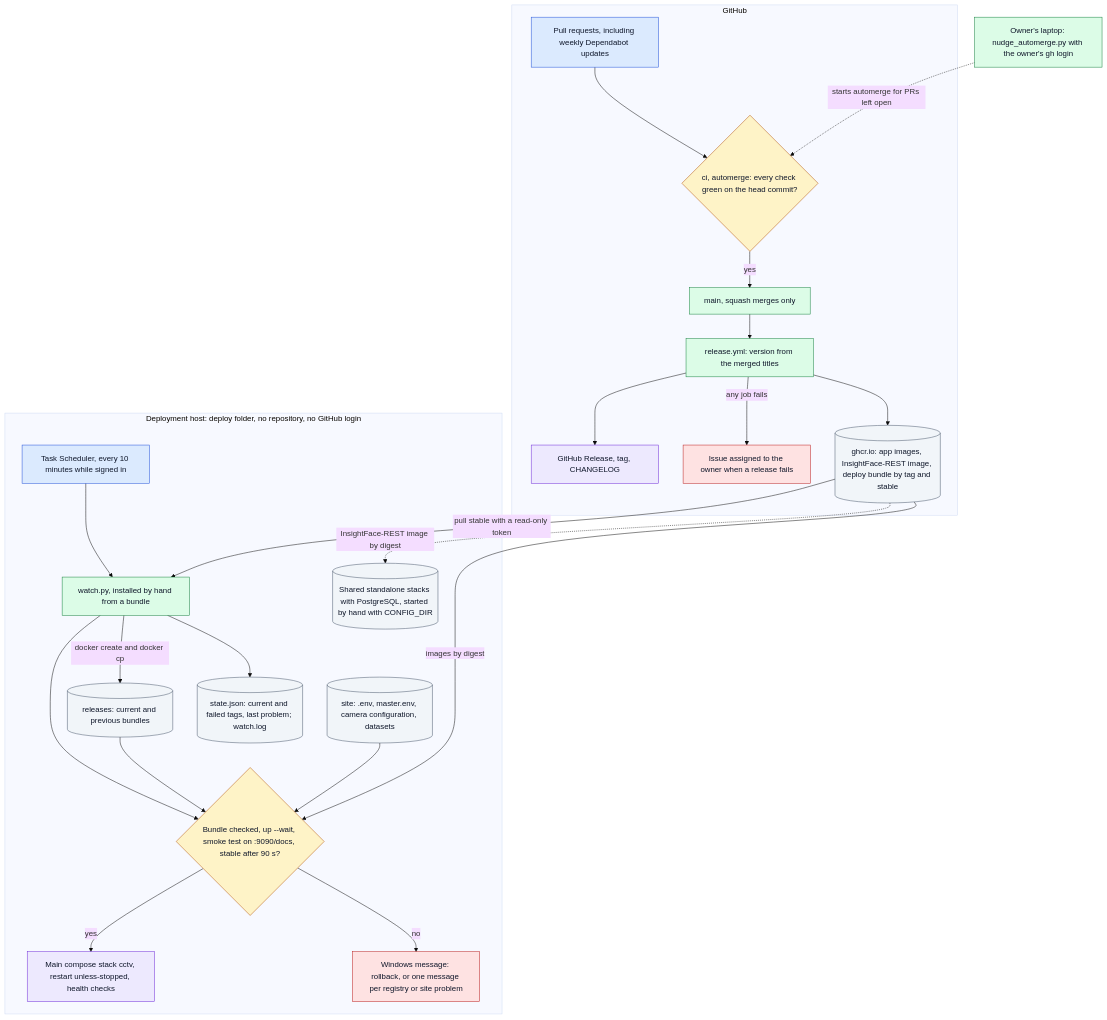
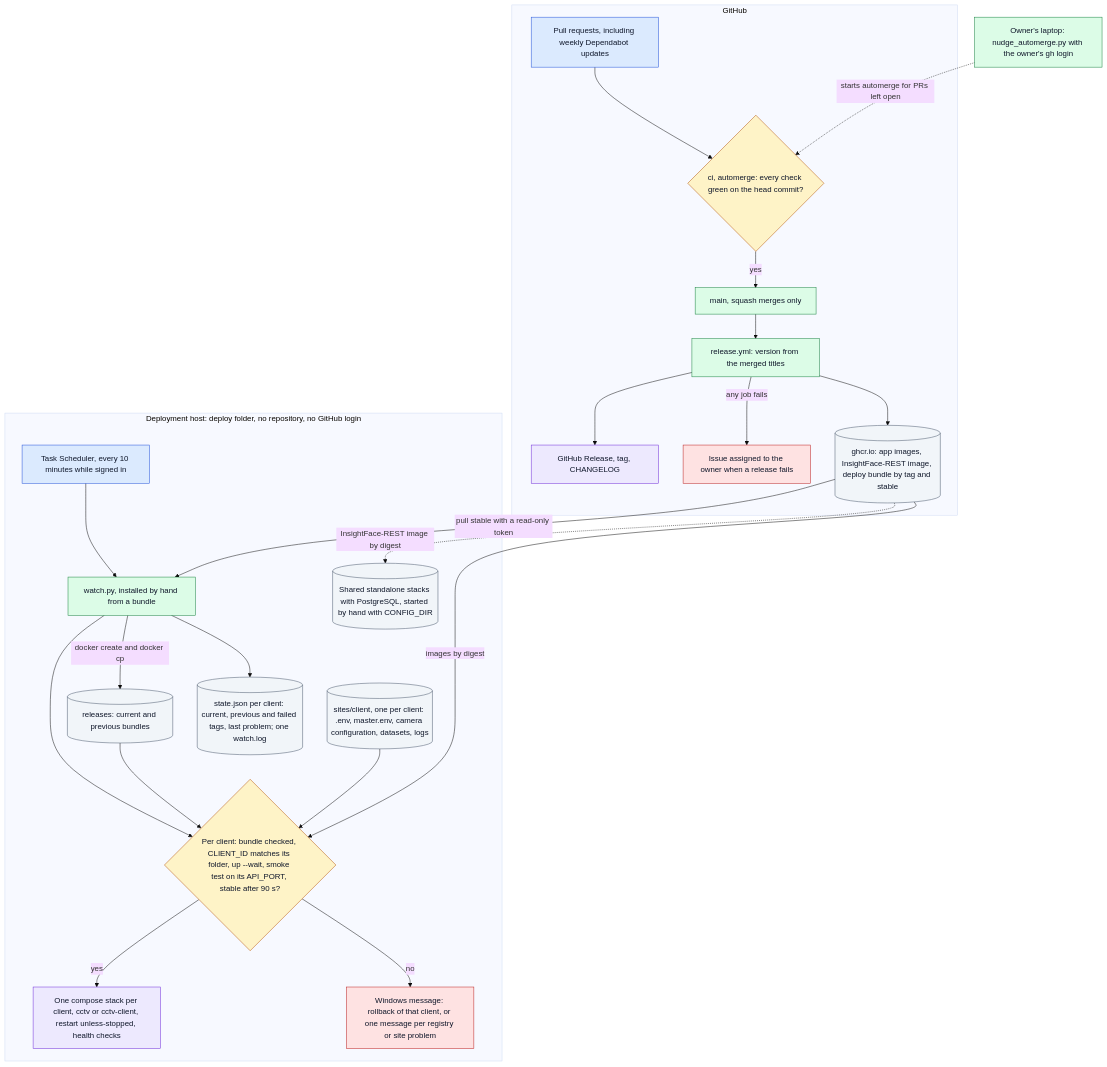
One commit to hamza-aziz-ai/CCTV-Face-Recognition-Attendance-System changed the second of 3 diagrams in docs/ARCHITECTURE.md. Above: the diagram before and after it, drawn with Mermaid (base theme). The commit also changed other lines of this file and 4 other files, not shown here.

````diff
--- a/docs/ARCHITECTURE.md
+++ b/docs/ARCHITECTURE.md
@@ -162,48 +162,48 @@
 ```mermaid
 flowchart TB
     subgraph GITHUB["`GitHub`"]
         PRS["`Pull requests, including weekly Dependabot updates`"]:::entry
         GATE{"`ci, automerge: every check green on the head commit?`"}:::decision
         MAIN["`main, squash merges only`"]:::step
         RELWF["`release.yml: version from the merged titles`"]:::step
         REL["`GitHub Release, tag, CHANGELOG`"]:::outcome
         ISSUE["`Issue assigned to the owner when a release fails`"]:::error
         GHCR[("`ghcr.io: app images, InsightFace-REST image, deploy bundle by tag and stable`")]:::store
     end
     NUDGE["`Owner's laptop: nudge_automerge.py with the owner's gh login`"]:::step
     subgraph HOST["`Deployment host: deploy folder, no repository, no GitHub login`"]
         TASK["`Task Scheduler, every 10 minutes while signed in`"]:::entry
         WATCH["`watch.py, installed by hand from a bundle`"]:::step
         BUNDLES[("`releases: current and previous bundles`")]:::store
-        SITE[("`site: .env, master.env, camera configuration, datasets`")]:::store
-        STATE[("`state.json: current and failed tags, last problem; watch.log`")]:::store
-        CHECK{"`Bundle checked, up --wait, smoke test on :9090/docs, stable after 90 s?`"}:::decision
-        STACK["`Main compose stack cctv, restart unless-stopped, health checks`"]:::outcome
-        MSG["`Windows message: rollback, or one message per registry or site problem`"]:::error
+        SITE[("`sites/client, one per client: .env, master.env, camera configuration, datasets, logs`")]:::store
+        STATE[("`state.json per client: current, previous and failed tags, last problem; one watch.log`")]:::store
+        CHECK{"`Per client: bundle checked, CLIENT_ID matches its folder, up --wait, smoke test on its API_PORT, stable after 90 s?`"}:::decision
+        STACK["`One compose stack per client, cctv or cctv-client, restart unless-stopped, health checks`"]:::outcome
+        MSG["`Windows message: rollback of that client, or one message per registry or site problem`"]:::error
         SA[("`Shared standalone stacks with PostgreSQL, started by hand with CONFIG_DIR`")]:::store
     end
 
     PRS --> GATE -->|"`yes`"| MAIN --> RELWF
     RELWF --> GHCR
     RELWF --> REL
     RELWF -->|"`any job fails`"| ISSUE
     NUDGE -.->|"`starts automerge for PRs left open`"| GATE
     TASK --> WATCH
     GHCR -->|"`pull stable with a read-only token`"| WATCH
     WATCH -->|"`docker create and docker cp`"| BUNDLES
     WATCH --> CHECK
     BUNDLES --> CHECK
     SITE --> CHECK
     GHCR -->|"`images by digest`"| CHECK
     CHECK -->|"`yes`"| STACK
     CHECK -->|"`no`"| MSG
     WATCH --> STATE
     GHCR -.->|"`InsightFace-REST image by digest`"| SA
 
     classDef entry fill:#dbeafe,stroke:#1d4ed8,color:#0f172a
     classDef step fill:#dcfce7,stroke:#15803d,color:#0f172a
     classDef decision fill:#fef3c7,stroke:#b45309,color:#0f172a
     classDef outcome fill:#ede9fe,stroke:#6d28d9,color:#0f172a
     classDef error fill:#fee2e2,stroke:#b91c1c,color:#0f172a
     classDef store fill:#f1f5f9,stroke:#475569,color:#0f172a
 ```
````
